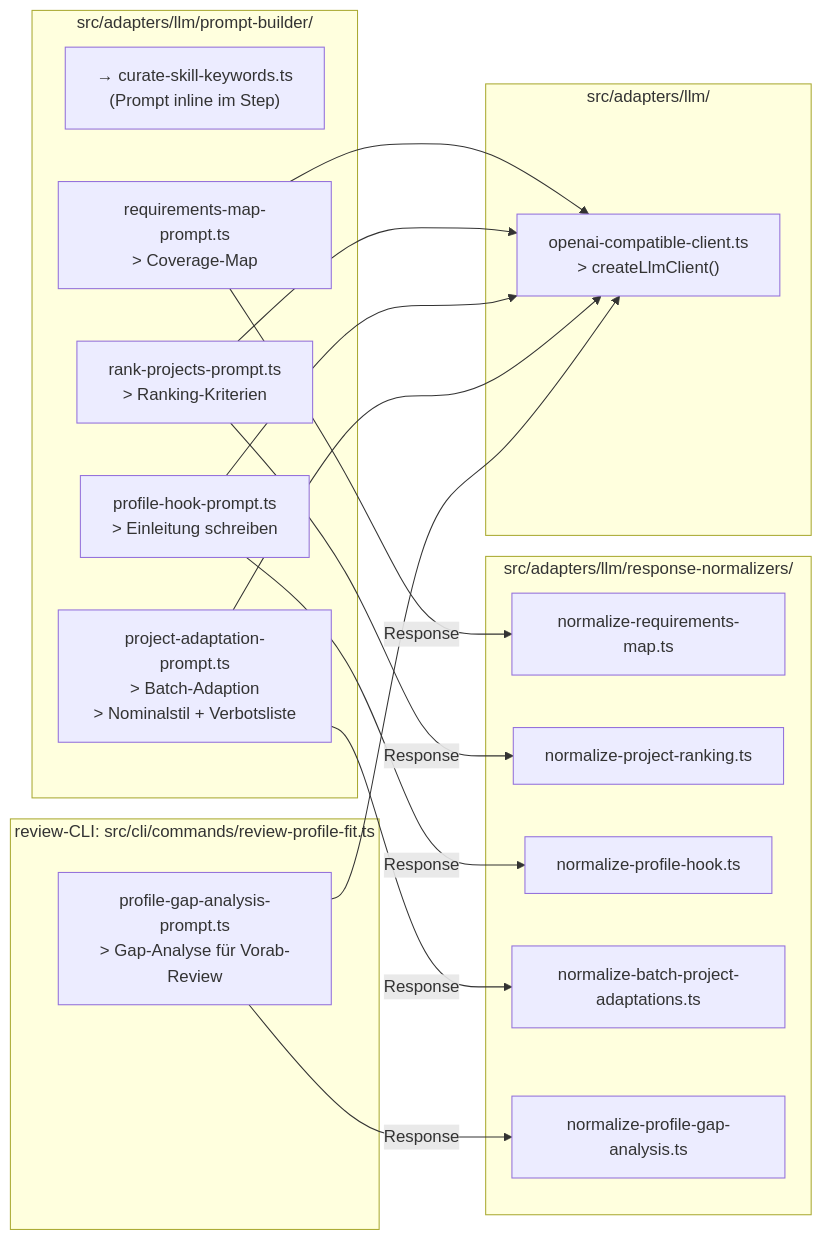
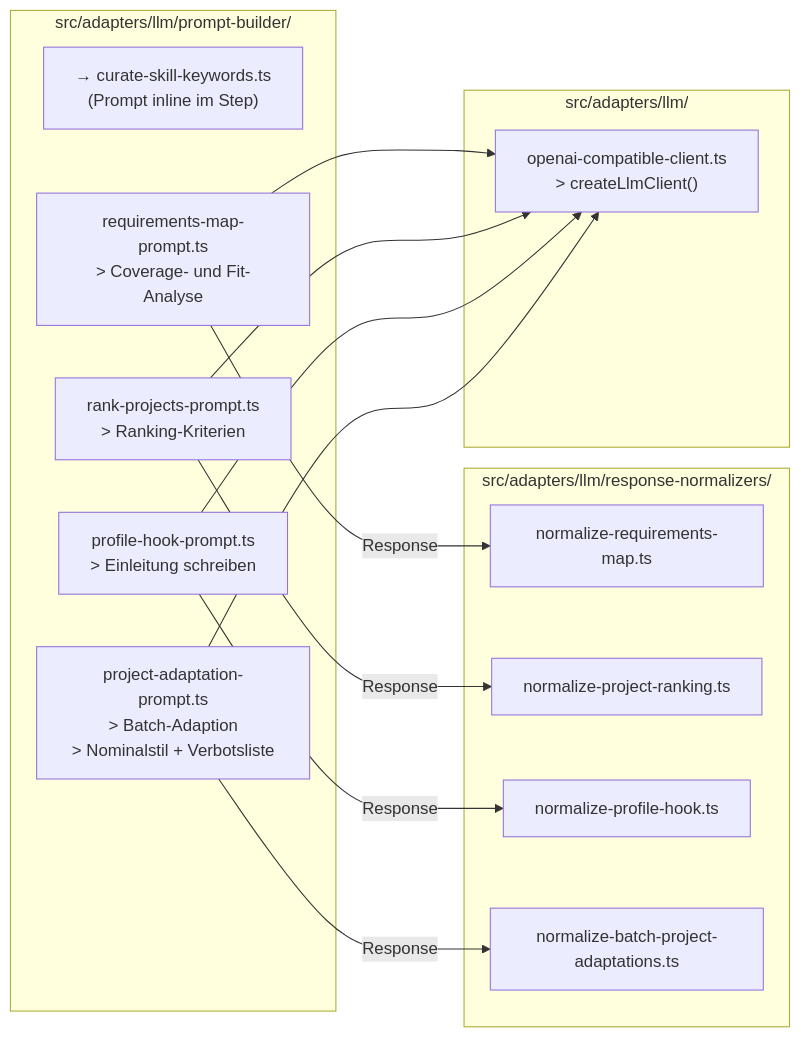
One commit to yoheines/freelancer-profil-tool changed the fourth of 5 diagrams in docs/architecture.md. Above: the diagram before and after it, drawn with Mermaid. The commit also changed other lines of this file and 44 other files, not shown here.

````diff
--- a/docs/architecture.md
+++ b/docs/architecture.md
@@ -182,38 +191,31 @@
 ```mermaid
 graph LR
     subgraph PROMPTS["src/adapters/llm/prompt-builder/"]
         SK["→ curate-skill-keywords.ts<br/>(Prompt inline im Step)"]
-        RMP["requirements-map-prompt.ts<br/>> Coverage-Map"]
+        RMP["requirements-map-prompt.ts<br/>> Coverage- und Fit-Analyse"]
         RKP["rank-projects-prompt.ts<br/>> Ranking-Kriterien"]
         HP["profile-hook-prompt.ts<br/>> Einleitung schreiben"]
         AP["project-adaptation-prompt.ts<br/>> Batch-Adaption<br/>> Nominalstil + Verbotsliste"]
-    end
-
-    subgraph GAP["review-CLI: src/cli/commands/review-profile-fit.ts"]
-        GP["profile-gap-analysis-prompt.ts<br/>> Gap-Analyse für Vorab-Review"]
     end
 
     subgraph NORMALIZER["src/adapters/llm/response-normalizers/"]
         NRM["normalize-requirements-map.ts"]
         NPR["normalize-project-ranking.ts"]
         NH["normalize-profile-hook.ts"]
         NB["normalize-batch-project-adaptations.ts"]
-        NGA["normalize-profile-gap-analysis.ts"]
     end
 
     subgraph CLIENT["src/adapters/llm/"]
         OC["openai-compatible-client.ts<br/>> createLlmClient()"]
     end
 
     RMP -->|"Response"| NRM
     RKP -->|"Response"| NPR
     HP -->|"Response"| NH
     AP -->|"Response"| NB
-    GP -->|"Response"| NGA
 
     RMP --> OC
     RKP --> OC
     HP --> OC
     AP --> OC
-    GP --> OC
 ```
````
